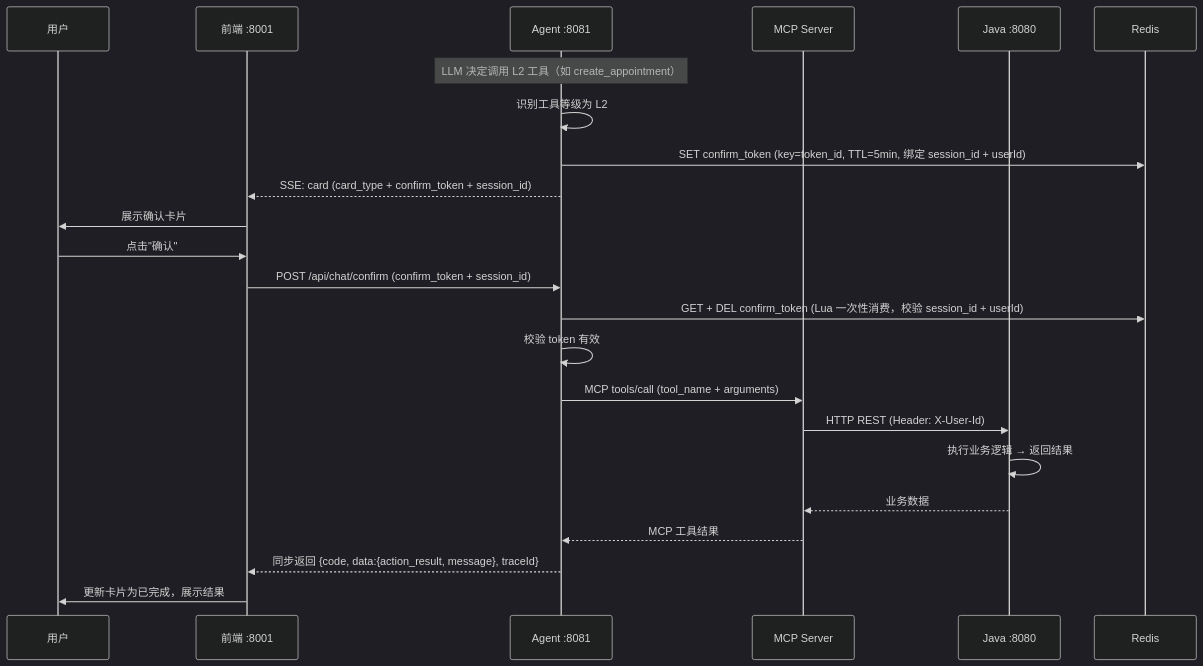
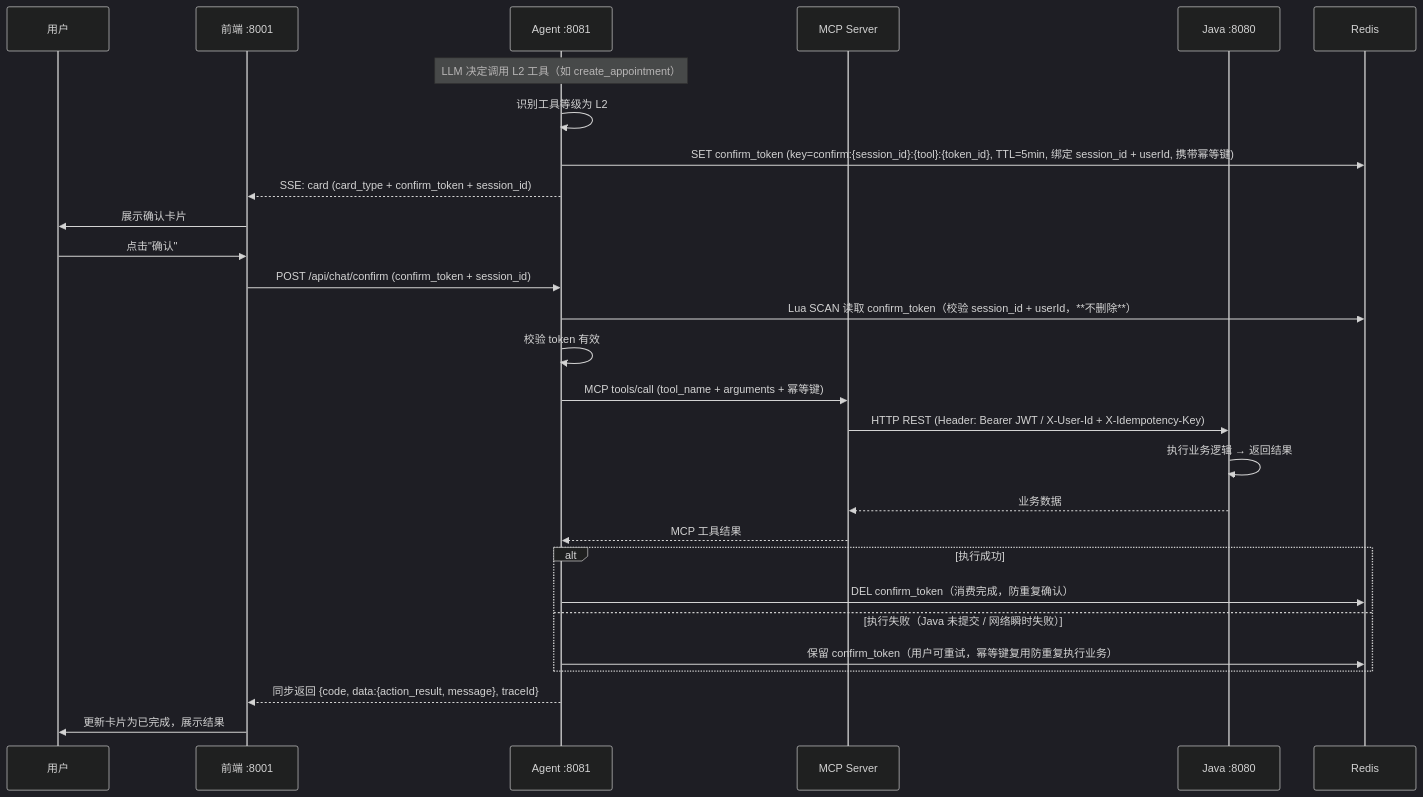
One commit to lezoo817/SPHP changed the sixth of 7 diagrams in sphp-agent/docs/Agent/Agent模块系分.md. Above: the diagram before and after it, drawn with Mermaid (dark theme). The commit also changed other lines of this file and 2 other files, not shown here.

````diff
--- a/sphp-agent/docs/Agent/Agent模块系分.md
+++ b/sphp-agent/docs/Agent/Agent模块系分.md
@@ -1188,31 +1192,37 @@
 ```mermaid
 sequenceDiagram
     participant U as 用户
     participant F as 前端 :8001
     participant A as Agent :8081
     participant M as MCP Server
     participant J as Java :8080
     participant R as Redis
 
     Note over A: LLM 决定调用 L2 工具（如 create_appointment）
 
     A->>A: 识别工具等级为 L2
-    A->>R: SET confirm_token (key=token_id, TTL=5min, 绑定 session_id + userId)
+    A->>R: SET confirm_token (key=confirm:{session_id}:{tool}:{token_id}, TTL=5min, 绑定 session_id + userId, 携带幂等键)
     A-->>F: SSE: card (card_type + confirm_token + session_id)
 
     F->>U: 展示确认卡片
     U->>F: 点击"确认"
 
     F->>A: POST /api/chat/confirm (confirm_token + session_id)
-    A->>R: GET + DEL confirm_token (Lua 一次性消费，校验 session_id + userId)
+    A->>R: Lua SCAN 读取 confirm_token（校验 session_id + userId，**不删除**）
     A->>A: 校验 token 有效
 
-    A->>M: MCP tools/call (tool_name + arguments)
-    M->>J: HTTP REST (Header: X-User-Id)
+    A->>M: MCP tools/call (tool_name + arguments + 幂等键)
+    M->>J: HTTP REST (Header: Bearer JWT / X-User-Id + X-Idempotency-Key)
     J->>J: 执行业务逻辑 → 返回结果
     J-->>M: 业务数据
     M-->>A: MCP 工具结果
 
+    alt 执行成功
+        A->>R: DEL confirm_token（消费完成，防重复确认）
+    else 执行失败（Java 未提交 / 网络瞬时失败）
+        A->>R: 保留 confirm_token（用户可重试，幂等键复用防重复执行业务）
+    end
+
     A-->>F: 同步返回 {code, data:{action_result, message}, traceId}
     F->>U: 更新卡片为已完成，展示结果
 ```
````
